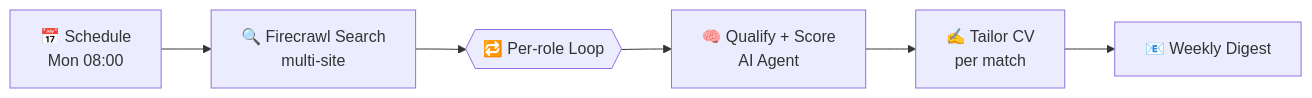
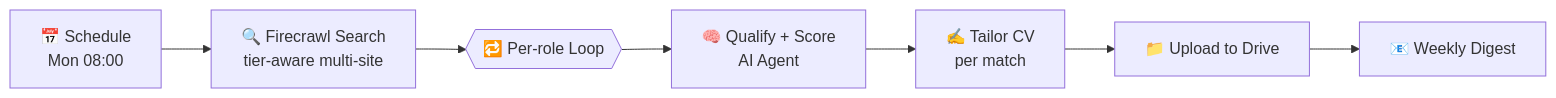
One commit to Vaughnai2023/n8n-community-challenge---Case-2-Daniel-Job-Scout changed the first of 4 diagrams in README.md. Above: the diagram before and after it, drawn with Mermaid. The commit also changed other lines of this file and 31 other files, not shown here.

````diff
--- a/README.md
+++ b/README.md
@@ -40,8 +67,9 @@
 ```mermaid
 flowchart LR
-    A[📅 Schedule<br/>Mon 08:00] --> B[🔍 Firecrawl Search<br/>multi-site]
+    A[📅 Schedule<br/>Mon 08:00] --> B[🔍 Firecrawl Search<br/>tier-aware multi-site]
     B --> C{{🔁 Per-role Loop}}
     C --> D[🧠 Qualify + Score<br/>AI Agent]
     D --> E[✍️ Tailor CV<br/>per match]
-    E --> F[📧 Weekly Digest]
+    E --> F[📁 Upload to Drive]
+    F --> G[📧 Weekly Digest]
 ```
````
